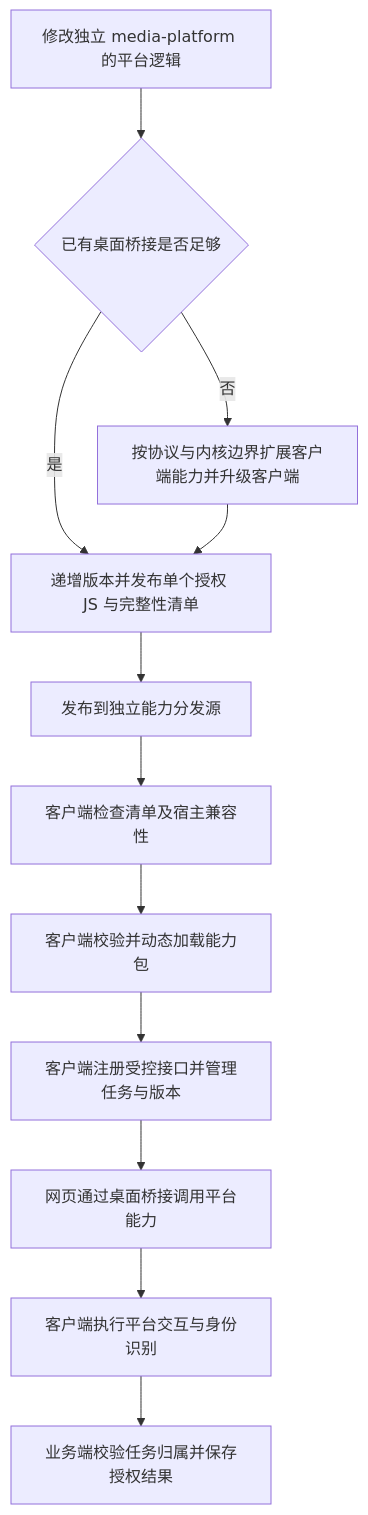
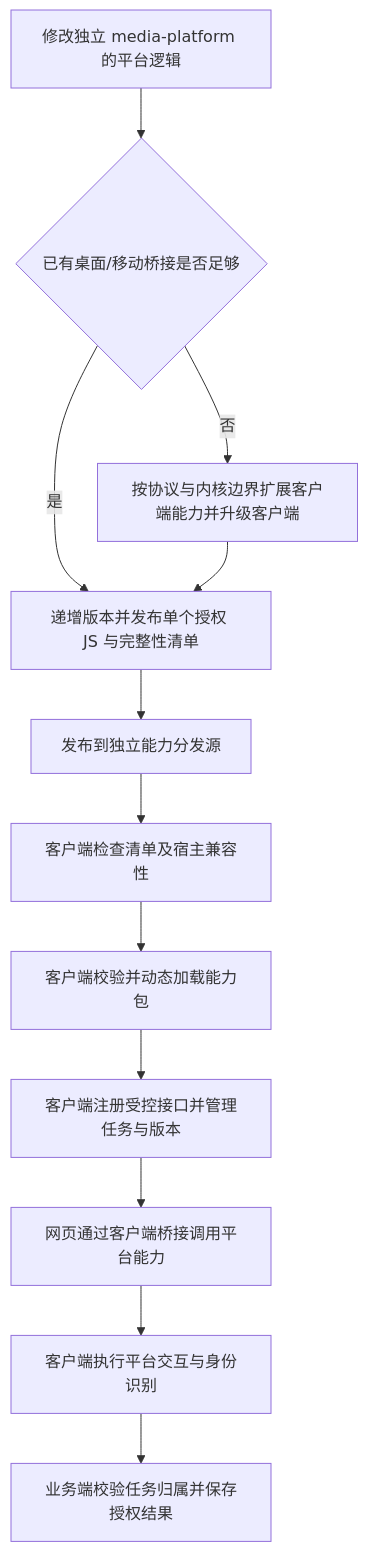
One commit to gplwzz1989/electron.fingerprint changed the second of 5 diagrams in docs/项目关系与开发流程.md. Above: the diagram before and after it, drawn with Mermaid. The commit also changed other lines of this file and 7 other files, not shown here.

````diff
--- a/docs/项目关系与开发流程.md
+++ b/docs/项目关系与开发流程.md
@@ -30,14 +40,14 @@
 ```mermaid
 flowchart TD
-    开发[修改独立 media-platform 的平台逻辑] --> 判断{已有桌面桥接是否足够}
+    开发[修改独立 media-platform 的平台逻辑] --> 判断{已有桌面/移动桥接是否足够}
     判断 -->|是| 发布[递增版本并发布单个授权 JS 与完整性清单]
     判断 -->|否| 升级[按协议与内核边界扩展客户端能力并升级客户端]
     升级 --> 发布
     发布 --> 部署[发布到独立能力分发源]
     部署 --> 检查[客户端检查清单及宿主兼容性]
     检查 --> 加载[客户端校验并动态加载能力包]
     加载 --> 整合[客户端注册受控接口并管理任务与版本]
-    整合 --> 网页[网页通过桌面桥接调用平台能力]
+    整合 --> 网页[网页通过客户端桥接调用平台能力]
     网页 --> 交互[客户端执行平台交互与身份识别]
     交互 --> 核验[业务端校验任务归属并保存授权结果]
 ```
````
